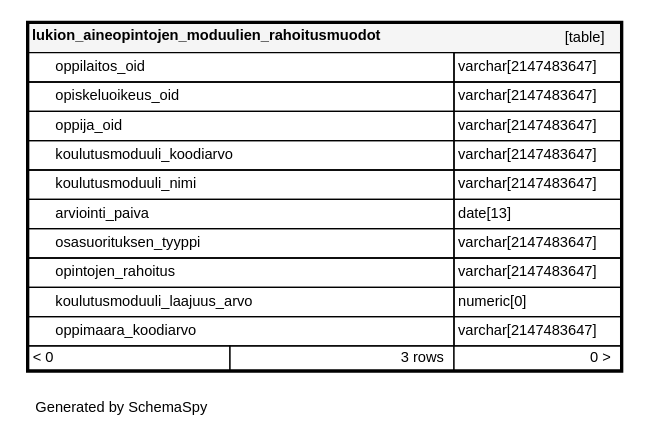
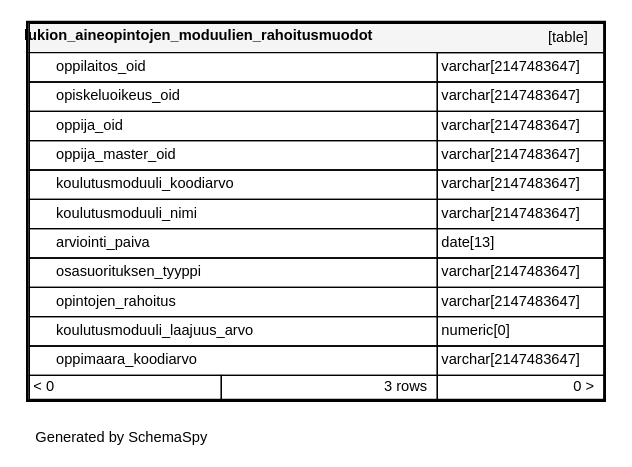
Before and after one commit to Opetushallitus/koski: the diagram in documentation/tietokantaskeemat/koski-raportointikanta/diagrams/tables/lukion_aineopintojen_moduulien__90dfe69d.1degree.dot, drawn with Graphviz. The commit also changed 261 other files, not shown here.

```diff
--- a/documentation/tietokantaskeemat/koski-raportointikanta/diagrams/tables/lukion_aineopintojen_moduulien__90dfe69d.1degree.dot
+++ b/documentation/tietokantaskeemat/koski-raportointikanta/diagrams/tables/lukion_aineopintojen_moduulien__90dfe69d.1degree.dot
@@ -1,23 +1,24 @@
 digraph "oneDegreeRelationshipsDiagram" {
   graph [    rankdir="RL"    bgcolor="#ffffff"    label="\nGenerated by SchemaSpy"    labeljust="l"    nodesep="0.18"    ranksep="0.46"    fontname="Helvetica"    fontsize="11"    ration="compress"  ];  node [    fontname="Helvetica"    fontsize="11"    shape="plaintext"  ];  edge [    arrowsize="0.8"  ];
   "lukion_aineopintojen_moduulien_rahoitusmuodot" [
    label=<
     <TABLE BORDER="2" CELLBORDER="1" CELLSPACING="0" BGCOLOR="#ffffff">
-      <TR><TD COLSPAN="4"  BGCOLOR="#f5f5f5"><TABLE BORDER="0" CELLSPACING="0"><TR><TD ALIGN="LEFT" FIXEDSIZE="TRUE" WIDTH="298" HEIGHT="16"><B>lukion_aineopintojen_moduulien_rahoitusmuodot</B></TD><TD ALIGN="RIGHT">[table]</TD></TR></TABLE></TD></TR>
-      <TR><TD PORT="oppilaitos_oid" COLSPAN="2" BGCOLOR="#ffffff" ALIGN="LEFT"><TABLE BORDER="0" CELLSPACING="0" ALIGN="LEFT"><TR ALIGN="LEFT"><TD ALIGN="LEFT" FIXEDSIZE="TRUE" WIDTH="15" HEIGHT="16"></TD><TD ALIGN="LEFT" FIXEDSIZE="TRUE" WIDTH="298" HEIGHT="16">oppilaitos_oid</TD></TR></TABLE></TD><TD PORT="oppilaitos_oid.type" ALIGN="LEFT">varchar[2147483647]</TD></TR>
-      <TR><TD PORT="opiskeluoikeus_oid" COLSPAN="2" ALIGN="LEFT"><TABLE BORDER="0" CELLSPACING="0" ALIGN="LEFT"><TR ALIGN="LEFT"><TD ALIGN="LEFT" FIXEDSIZE="TRUE" WIDTH="15" HEIGHT="16"></TD><TD ALIGN="LEFT" FIXEDSIZE="TRUE" WIDTH="298" HEIGHT="16">opiskeluoikeus_oid</TD></TR></TABLE></TD><TD PORT="opiskeluoikeus_oid.type" ALIGN="LEFT">varchar[2147483647]</TD></TR>
-      <TR><TD PORT="oppija_oid" COLSPAN="2" ALIGN="LEFT"><TABLE BORDER="0" CELLSPACING="0" ALIGN="LEFT"><TR ALIGN="LEFT"><TD ALIGN="LEFT" FIXEDSIZE="TRUE" WIDTH="15" HEIGHT="16"></TD><TD ALIGN="LEFT" FIXEDSIZE="TRUE" WIDTH="298" HEIGHT="16">oppija_oid</TD></TR></TABLE></TD><TD PORT="oppija_oid.type" ALIGN="LEFT">varchar[2147483647]</TD></TR>
-      <TR><TD PORT="koulutusmoduuli_koodiarvo" COLSPAN="2" ALIGN="LEFT"><TABLE BORDER="0" CELLSPACING="0" ALIGN="LEFT"><TR ALIGN="LEFT"><TD ALIGN="LEFT" FIXEDSIZE="TRUE" WIDTH="15" HEIGHT="16"></TD><TD ALIGN="LEFT" FIXEDSIZE="TRUE" WIDTH="298" HEIGHT="16">koulutusmoduuli_koodiarvo</TD></TR></TABLE></TD><TD PORT="koulutusmoduuli_koodiarvo.type" ALIGN="LEFT">varchar[2147483647]</TD></TR>
-      <TR><TD PORT="koulutusmoduuli_nimi" COLSPAN="2" ALIGN="LEFT"><TABLE BORDER="0" CELLSPACING="0" ALIGN="LEFT"><TR ALIGN="LEFT"><TD ALIGN="LEFT" FIXEDSIZE="TRUE" WIDTH="15" HEIGHT="16"></TD><TD ALIGN="LEFT" FIXEDSIZE="TRUE" WIDTH="298" HEIGHT="16">koulutusmoduuli_nimi</TD></TR></TABLE></TD><TD PORT="koulutusmoduuli_nimi.type" ALIGN="LEFT">varchar[2147483647]</TD></TR>
-      <TR><TD PORT="arviointi_paiva" COLSPAN="2" ALIGN="LEFT"><TABLE BORDER="0" CELLSPACING="0" ALIGN="LEFT"><TR ALIGN="LEFT"><TD ALIGN="LEFT" FIXEDSIZE="TRUE" WIDTH="15" HEIGHT="16"></TD><TD ALIGN="LEFT" FIXEDSIZE="TRUE" WIDTH="298" HEIGHT="16">arviointi_paiva</TD></TR></TABLE></TD><TD PORT="arviointi_paiva.type" ALIGN="LEFT">date[13]</TD></TR>
-      <TR><TD PORT="osasuorituksen_tyyppi" COLSPAN="2" ALIGN="LEFT"><TABLE BORDER="0" CELLSPACING="0" ALIGN="LEFT"><TR ALIGN="LEFT"><TD ALIGN="LEFT" FIXEDSIZE="TRUE" WIDTH="15" HEIGHT="16"></TD><TD ALIGN="LEFT" FIXEDSIZE="TRUE" WIDTH="298" HEIGHT="16">osasuorituksen_tyyppi</TD></TR></TABLE></TD><TD PORT="osasuorituksen_tyyppi.type" ALIGN="LEFT">varchar[2147483647]</TD></TR>
-      <TR><TD PORT="opintojen_rahoitus" COLSPAN="2" ALIGN="LEFT"><TABLE BORDER="0" CELLSPACING="0" ALIGN="LEFT"><TR ALIGN="LEFT"><TD ALIGN="LEFT" FIXEDSIZE="TRUE" WIDTH="15" HEIGHT="16"></TD><TD ALIGN="LEFT" FIXEDSIZE="TRUE" WIDTH="298" HEIGHT="16">opintojen_rahoitus</TD></TR></TABLE></TD><TD PORT="opintojen_rahoitus.type" ALIGN="LEFT">varchar[2147483647]</TD></TR>
-      <TR><TD PORT="koulutusmoduuli_laajuus_arvo" COLSPAN="2" ALIGN="LEFT"><TABLE BORDER="0" CELLSPACING="0" ALIGN="LEFT"><TR ALIGN="LEFT"><TD ALIGN="LEFT" FIXEDSIZE="TRUE" WIDTH="15" HEIGHT="16"></TD><TD ALIGN="LEFT" FIXEDSIZE="TRUE" WIDTH="298" HEIGHT="16">koulutusmoduuli_laajuus_arvo</TD></TR></TABLE></TD><TD PORT="koulutusmoduuli_laajuus_arvo.type" ALIGN="LEFT">numeric[0]</TD></TR>
-      <TR><TD PORT="oppimaara_koodiarvo" COLSPAN="2" ALIGN="LEFT"><TABLE BORDER="0" CELLSPACING="0" ALIGN="LEFT"><TR ALIGN="LEFT"><TD ALIGN="LEFT" FIXEDSIZE="TRUE" WIDTH="15" HEIGHT="16"></TD><TD ALIGN="LEFT" FIXEDSIZE="TRUE" WIDTH="298" HEIGHT="16">oppimaara_koodiarvo</TD></TR></TABLE></TD><TD PORT="oppimaara_koodiarvo.type" ALIGN="LEFT">varchar[2147483647]</TD></TR>
+      <TR><TD COLSPAN="4"  BGCOLOR="#f5f5f5"><TABLE BORDER="0" CELLSPACING="0"><TR><TD ALIGN="LEFT" FIXEDSIZE="TRUE" WIDTH="285" HEIGHT="16"><B>lukion_aineopintojen_moduulien_rahoitusmuodot</B></TD><TD ALIGN="RIGHT">[table]</TD></TR></TABLE></TD></TR>
+      <TR><TD PORT="oppilaitos_oid" COLSPAN="2" BGCOLOR="#ffffff" ALIGN="LEFT"><TABLE BORDER="0" CELLSPACING="0" ALIGN="LEFT"><TR ALIGN="LEFT"><TD ALIGN="LEFT" FIXEDSIZE="TRUE" WIDTH="15" HEIGHT="16"></TD><TD ALIGN="LEFT" FIXEDSIZE="TRUE" WIDTH="285" HEIGHT="16">oppilaitos_oid</TD></TR></TABLE></TD><TD PORT="oppilaitos_oid.type" ALIGN="LEFT">varchar[2147483647]</TD></TR>
+      <TR><TD PORT="opiskeluoikeus_oid" COLSPAN="2" ALIGN="LEFT"><TABLE BORDER="0" CELLSPACING="0" ALIGN="LEFT"><TR ALIGN="LEFT"><TD ALIGN="LEFT" FIXEDSIZE="TRUE" WIDTH="15" HEIGHT="16"></TD><TD ALIGN="LEFT" FIXEDSIZE="TRUE" WIDTH="285" HEIGHT="16">opiskeluoikeus_oid</TD></TR></TABLE></TD><TD PORT="opiskeluoikeus_oid.type" ALIGN="LEFT">varchar[2147483647]</TD></TR>
+      <TR><TD PORT="oppija_oid" COLSPAN="2" ALIGN="LEFT"><TABLE BORDER="0" CELLSPACING="0" ALIGN="LEFT"><TR ALIGN="LEFT"><TD ALIGN="LEFT" FIXEDSIZE="TRUE" WIDTH="15" HEIGHT="16"></TD><TD ALIGN="LEFT" FIXEDSIZE="TRUE" WIDTH="285" HEIGHT="16">oppija_oid</TD></TR></TABLE></TD><TD PORT="oppija_oid.type" ALIGN="LEFT">varchar[2147483647]</TD></TR>
+      <TR><TD PORT="oppija_master_oid" COLSPAN="2" ALIGN="LEFT"><TABLE BORDER="0" CELLSPACING="0" ALIGN="LEFT"><TR ALIGN="LEFT"><TD ALIGN="LEFT" FIXEDSIZE="TRUE" WIDTH="15" HEIGHT="16"></TD><TD ALIGN="LEFT" FIXEDSIZE="TRUE" WIDTH="285" HEIGHT="16">oppija_master_oid</TD></TR></TABLE></TD><TD PORT="oppija_master_oid.type" ALIGN="LEFT">varchar[2147483647]</TD></TR>
+      <TR><TD PORT="koulutusmoduuli_koodiarvo" COLSPAN="2" ALIGN="LEFT"><TABLE BORDER="0" CELLSPACING="0" ALIGN="LEFT"><TR ALIGN="LEFT"><TD ALIGN="LEFT" FIXEDSIZE="TRUE" WIDTH="15" HEIGHT="16"></TD><TD ALIGN="LEFT" FIXEDSIZE="TRUE" WIDTH="285" HEIGHT="16">koulutusmoduuli_koodiarvo</TD></TR></TABLE></TD><TD PORT="koulutusmoduuli_koodiarvo.type" ALIGN="LEFT">varchar[2147483647]</TD></TR>
+      <TR><TD PORT="koulutusmoduuli_nimi" COLSPAN="2" ALIGN="LEFT"><TABLE BORDER="0" CELLSPACING="0" ALIGN="LEFT"><TR ALIGN="LEFT"><TD ALIGN="LEFT" FIXEDSIZE="TRUE" WIDTH="15" HEIGHT="16"></TD><TD ALIGN="LEFT" FIXEDSIZE="TRUE" WIDTH="285" HEIGHT="16">koulutusmoduuli_nimi</TD></TR></TABLE></TD><TD PORT="koulutusmoduuli_nimi.type" ALIGN="LEFT">varchar[2147483647]</TD></TR>
+      <TR><TD PORT="arviointi_paiva" COLSPAN="2" ALIGN="LEFT"><TABLE BORDER="0" CELLSPACING="0" ALIGN="LEFT"><TR ALIGN="LEFT"><TD ALIGN="LEFT" FIXEDSIZE="TRUE" WIDTH="15" HEIGHT="16"></TD><TD ALIGN="LEFT" FIXEDSIZE="TRUE" WIDTH="285" HEIGHT="16">arviointi_paiva</TD></TR></TABLE></TD><TD PORT="arviointi_paiva.type" ALIGN="LEFT">date[13]</TD></TR>
+      <TR><TD PORT="osasuorituksen_tyyppi" COLSPAN="2" ALIGN="LEFT"><TABLE BORDER="0" CELLSPACING="0" ALIGN="LEFT"><TR ALIGN="LEFT"><TD ALIGN="LEFT" FIXEDSIZE="TRUE" WIDTH="15" HEIGHT="16"></TD><TD ALIGN="LEFT" FIXEDSIZE="TRUE" WIDTH="285" HEIGHT="16">osasuorituksen_tyyppi</TD></TR></TABLE></TD><TD PORT="osasuorituksen_tyyppi.type" ALIGN="LEFT">varchar[2147483647]</TD></TR>
+      <TR><TD PORT="opintojen_rahoitus" COLSPAN="2" ALIGN="LEFT"><TABLE BORDER="0" CELLSPACING="0" ALIGN="LEFT"><TR ALIGN="LEFT"><TD ALIGN="LEFT" FIXEDSIZE="TRUE" WIDTH="15" HEIGHT="16"></TD><TD ALIGN="LEFT" FIXEDSIZE="TRUE" WIDTH="285" HEIGHT="16">opintojen_rahoitus</TD></TR></TABLE></TD><TD PORT="opintojen_rahoitus.type" ALIGN="LEFT">varchar[2147483647]</TD></TR>
+      <TR><TD PORT="koulutusmoduuli_laajuus_arvo" COLSPAN="2" ALIGN="LEFT"><TABLE BORDER="0" CELLSPACING="0" ALIGN="LEFT"><TR ALIGN="LEFT"><TD ALIGN="LEFT" FIXEDSIZE="TRUE" WIDTH="15" HEIGHT="16"></TD><TD ALIGN="LEFT" FIXEDSIZE="TRUE" WIDTH="285" HEIGHT="16">koulutusmoduuli_laajuus_arvo</TD></TR></TABLE></TD><TD PORT="koulutusmoduuli_laajuus_arvo.type" ALIGN="LEFT">numeric[0]</TD></TR>
+      <TR><TD PORT="oppimaara_koodiarvo" COLSPAN="2" ALIGN="LEFT"><TABLE BORDER="0" CELLSPACING="0" ALIGN="LEFT"><TR ALIGN="LEFT"><TD ALIGN="LEFT" FIXEDSIZE="TRUE" WIDTH="15" HEIGHT="16"></TD><TD ALIGN="LEFT" FIXEDSIZE="TRUE" WIDTH="285" HEIGHT="16">oppimaara_koodiarvo</TD></TR></TABLE></TD><TD PORT="oppimaara_koodiarvo.type" ALIGN="LEFT">varchar[2147483647]</TD></TR>
       <TR><TD ALIGN="LEFT" BGCOLOR="#ffffff">&lt; 0</TD><TD ALIGN="RIGHT" BGCOLOR="#ffffff">3 rows</TD><TD ALIGN="RIGHT" BGCOLOR="#ffffff">0 &gt;</TD></TR>
     </TABLE>>
     URL="../../tables/lukion_aineopintojen_moduulien__90dfe69d.html"
     target="_top"
     tooltip="lukion_aineopintojen_moduulien_rahoitusmuodot"
   ];
 }
```
